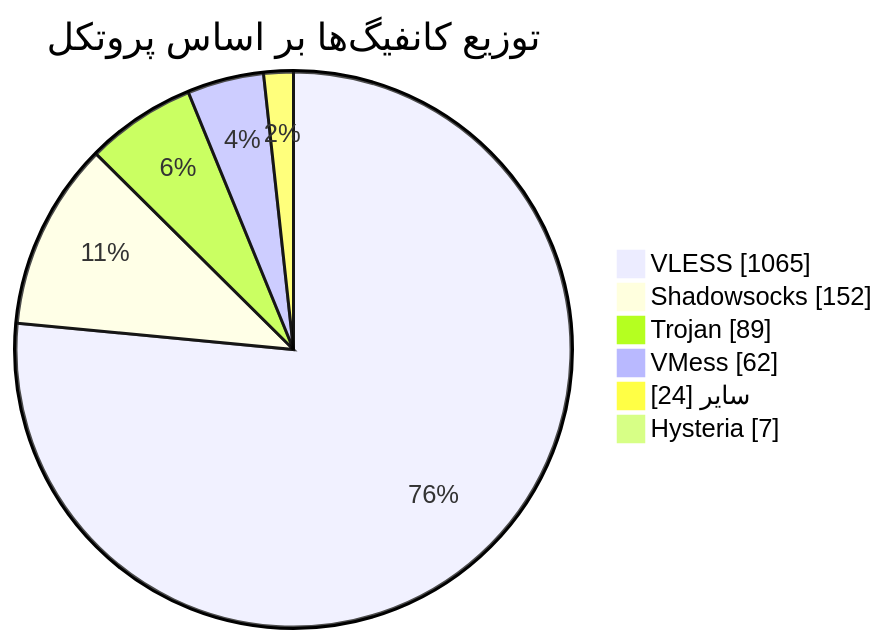
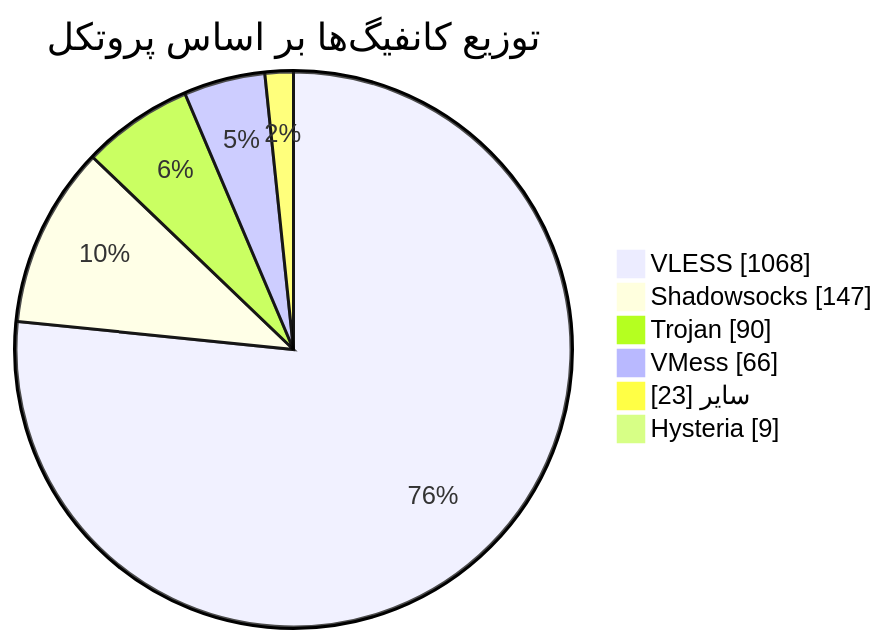
Before and after one commit to Arian-Alijani/Somthing: the diagram in README.md, drawn with Mermaid. The commit also changed other lines of this file and 95 other files, not shown here.

````diff
--- a/README.md
+++ b/README.md
@@ -50,10 +50,10 @@
 ```mermaid
 pie showData
     title توزیع کانفیگ‌ها بر اساس پروتکل
-    "VLESS" : 1065
-    "Shadowsocks" : 152
-    "Trojan" : 89
-    "VMess" : 62
-    "سایر" : 24
-    "Hysteria" : 7
+    "VLESS" : 1068
+    "Shadowsocks" : 147
+    "Trojan" : 90
+    "VMess" : 66
+    "سایر" : 23
+    "Hysteria" : 9
 ```
````
